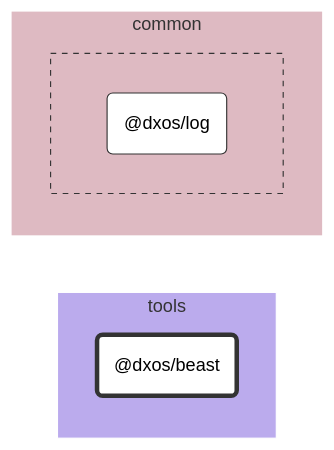
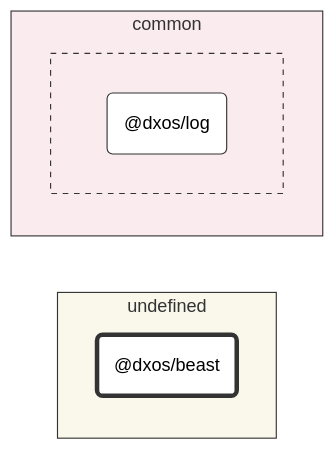
One commit to dxos/dxos changed the diagram in tools/beast/docs/README.md. Above: the diagram before and after it, drawn with Mermaid (forest theme). The commit also changed 93 other files, not shown here.

First line of the commit message:
chore: hierarchical graphs. (#1583)

````diff
--- a/tools/beast/docs/README.md
+++ b/tools/beast/docs/README.md
@@ -7,30 +7,30 @@
 ```mermaid
 %%{ init: {'flowchart':{'curve':'basis'}} }%%
 
 flowchart LR
 
 %% Classes
 classDef def fill:#fff,stroke:#333,stroke-width:1px
 classDef root fill:#fff,stroke:#333,stroke-width:4px
 
 %% Nodes
 
-subgraph tools [tools]
-  style tools fill:#bbabed,stroke:#fff
+subgraph undefined [undefined]
+  style undefined fill:#faf7eb,stroke:#333
   dxos/beast("@dxos/beast"):::root
   click dxos/beast "dxos/dxos/tree/main/tools/beast/docs"
 end
 
 subgraph common [common]
-  style common fill:#debac2,stroke:#fff
+  style common fill:#faebee,stroke:#333
 
-  subgraph common-excluded [ ]
-    style common-excluded fill:#debac2,stroke:#333,stroke-dasharray:5 5
+  subgraph _ [ ]
+    style _ fill:#faebee,stroke:#333,stroke-dasharray:5 5
     dxos/log("@dxos/log"):::def
     click dxos/log "dxos/dxos/tree/main/packages/common/log/docs"
   end
 end
 
 %% Links
 linkStyle default stroke:#333,stroke-width:1px
 ```
````
